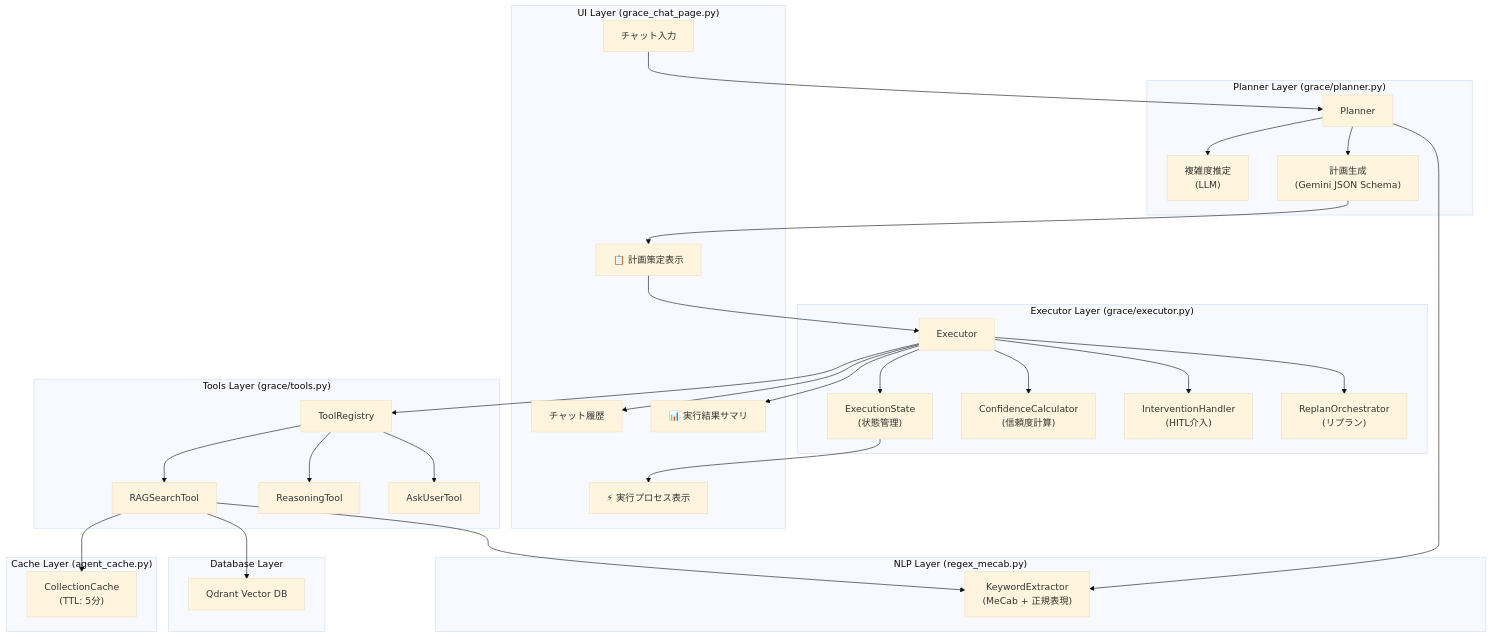
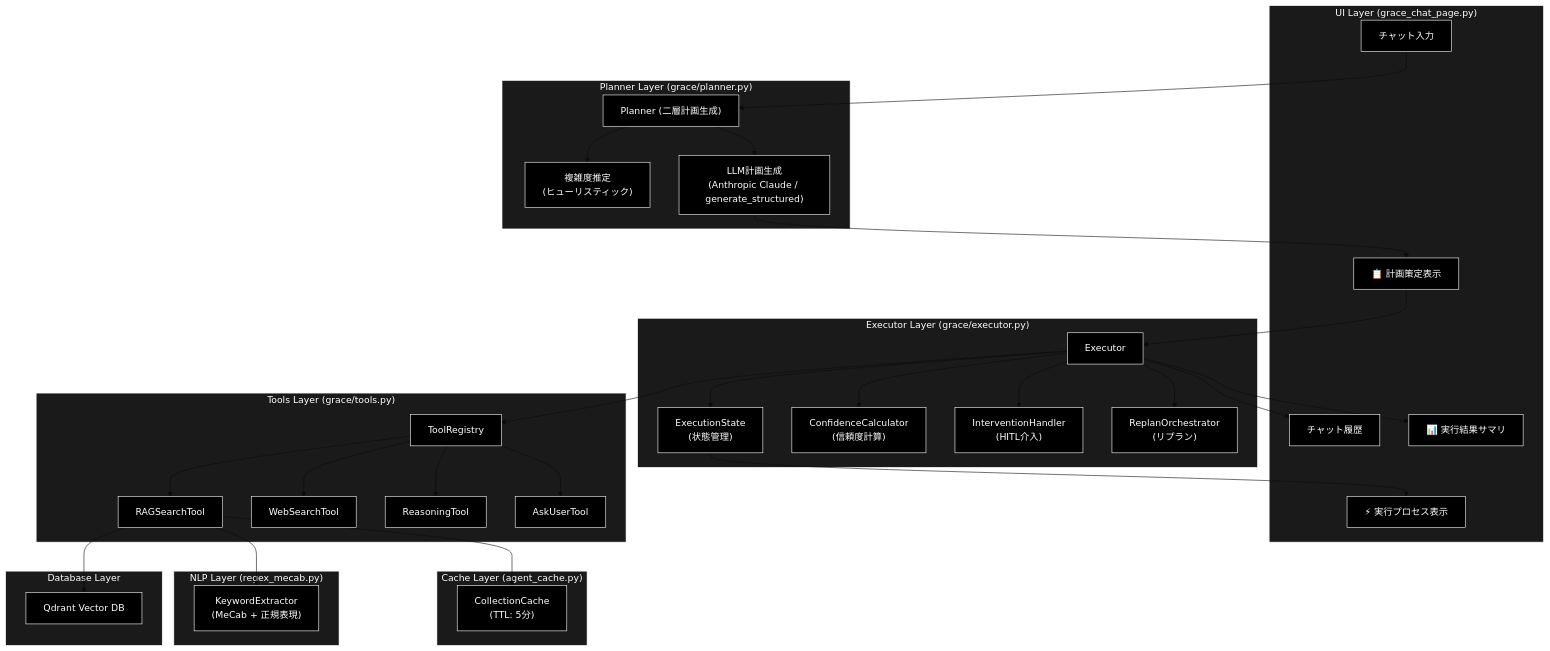
Before and after one commit to nakashima2toshio/anthropic_grace_agent_v2: the first of 13 diagrams in readme_autonomous_agent.md, drawn with Mermaid (base theme). The commit also changed other lines of this file and 5 other files, not shown here.

````diff
--- a/readme_autonomous_agent.md
+++ b/readme_autonomous_agent.md
@@ -73,64 +74,75 @@
 ```mermaid
 flowchart TB
     subgraph UI["UI Layer (grace_chat_page.py)"]
         ChatInput["チャット入力"]
         ChatHistory["チャット履歴"]
         PlanView["📋 計画策定表示"]
         ExecView["⚡ 実行プロセス表示"]
         ResultView["📊 実行結果サマリ"]
     end
 
     subgraph Planner_Layer["Planner Layer (grace/planner.py)"]
-        Planner["Planner"]
-        ComplexityEstimator["複雑度推定<br/>(LLM)"]
-        PlanGeneration["計画生成<br/>(Gemini JSON Schema)"]
+        Planner["Planner (二層計画生成)"]
+        ComplexityEstimator["複雑度推定<br/>(ヒューリスティック)"]
+        PlanGeneration["LLM計画生成<br/>(Anthropic Claude / generate_structured)"]
     end
 
     subgraph Executor_Layer["Executor Layer (grace/executor.py)"]
         Executor["Executor"]
         StateManager["ExecutionState<br/>(状態管理)"]
         ConfCalc["ConfidenceCalculator<br/>(信頼度計算)"]
         IntHandler["InterventionHandler<br/>(HITL介入)"]
         ReplanOrch["ReplanOrchestrator<br/>(リプラン)"]
     end
 
     subgraph Tools["Tools Layer (grace/tools.py)"]
         ToolRegistry["ToolRegistry"]
         RAGSearch["RAGSearchTool"]
+        WebSearch["WebSearchTool"]
         Reasoning["ReasoningTool"]
         AskUser["AskUserTool"]
     end
 
     subgraph Cache["Cache Layer (agent_cache.py)"]
         CollectionCache["CollectionCache<br/>(TTL: 5分)"]
     end
 
     subgraph NLP["NLP Layer (regex_mecab.py)"]
         KeywordExtractor["KeywordExtractor<br/>(MeCab + 正規表現)"]
     end
 
     subgraph DB["Database Layer"]
         Qdrant["Qdrant Vector DB"]
     end
 
     ChatInput --> Planner
     Planner --> ComplexityEstimator
     Planner --> PlanGeneration
     PlanGeneration --> PlanView
     PlanView --> Executor
     Executor --> StateManager
     Executor --> ConfCalc
     Executor --> IntHandler
     Executor --> ReplanOrch
     Executor --> ToolRegistry
     ToolRegistry --> RAGSearch
+    ToolRegistry --> WebSearch
     ToolRegistry --> Reasoning
     ToolRegistry --> AskUser
     RAGSearch --> CollectionCache
     RAGSearch --> Qdrant
-    Planner --> KeywordExtractor
     RAGSearch --> KeywordExtractor
     StateManager --> ExecView
     Executor --> ResultView
     Executor --> ChatHistory
+classDef default fill:#000,stroke:#fff,color:#fff
+classDef subgraphStyle fill:#1a1a1a,stroke:#fff,color:#fff
+class AskUser,ChatHistory,ChatInput,CollectionCache,ComplexityEstimator,ConfCalc,DB,ExecView,Executor,IntHandler,KeywordExtractor,PlanGeneration,PlanView,Planner,Qdrant,RAGSearch,Reasoning,ReplanOrch,ResultView,StateManager,ToolRegistry,WebSearch default
+style UI fill:#1a1a1a,stroke:#fff,color:#fff
+style Planner_Layer fill:#1a1a1a,stroke:#fff,color:#fff
+style Executor_Layer fill:#1a1a1a,stroke:#fff,color:#fff
+style Tools fill:#1a1a1a,stroke:#fff,color:#fff
+style Cache fill:#1a1a1a,stroke:#fff,color:#fff
+style NLP fill:#1a1a1a,stroke:#fff,color:#fff
+style DB fill:#1a1a1a,stroke:#fff,color:#fff
 ```
````
